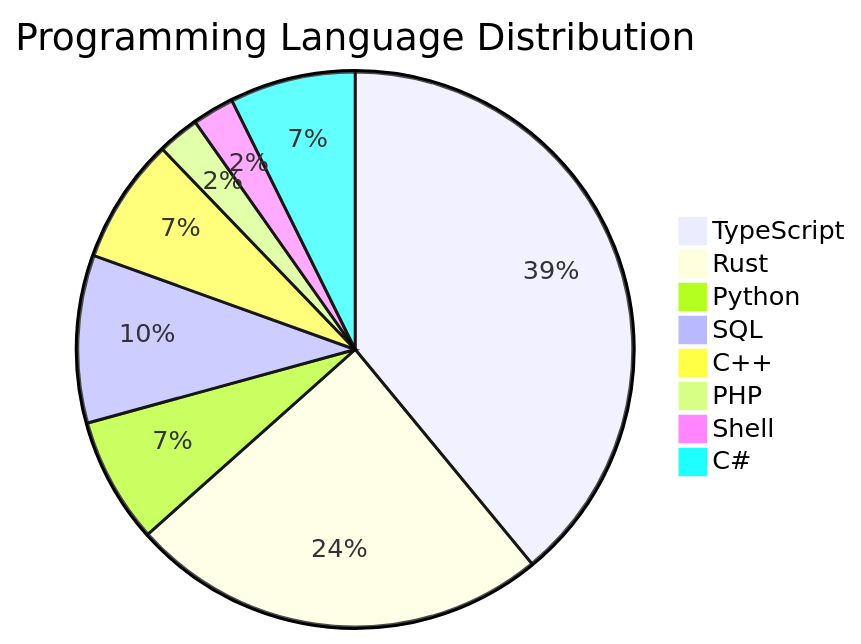
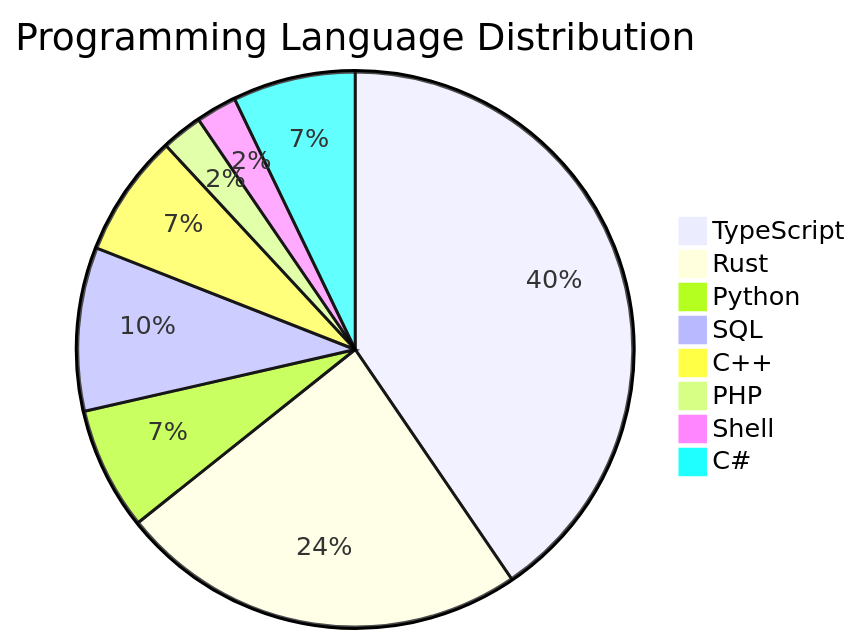
The second of 2 diagrams in JOURNAL.md (ernivani/leetcode-solutions), drawn with Mermaid before and after one commit. The commit also changed other lines of this file and 2 other files, not shown here.

Commit message:
Update JOURNAL.md and README.md to add a new entry for problem 35: Search Insert Position with a corresponding TypeScript solution. Adjust problem difficulty and programming language distribution statistics to reflect the new entry. Ensure proper formatting throughout.

````diff
--- a/JOURNAL.md
+++ b/JOURNAL.md
@@ -60,11 +61,11 @@
 ```mermaid
 pie title Programming Language Distribution
-    "TypeScript" : 16
+    "TypeScript" : 17
     "Rust" : 10
     "Python" : 3
     "SQL" : 4
     "C++" : 3
     "PHP" : 1
     "Shell" : 1
     "C#" : 3
 ```
````
